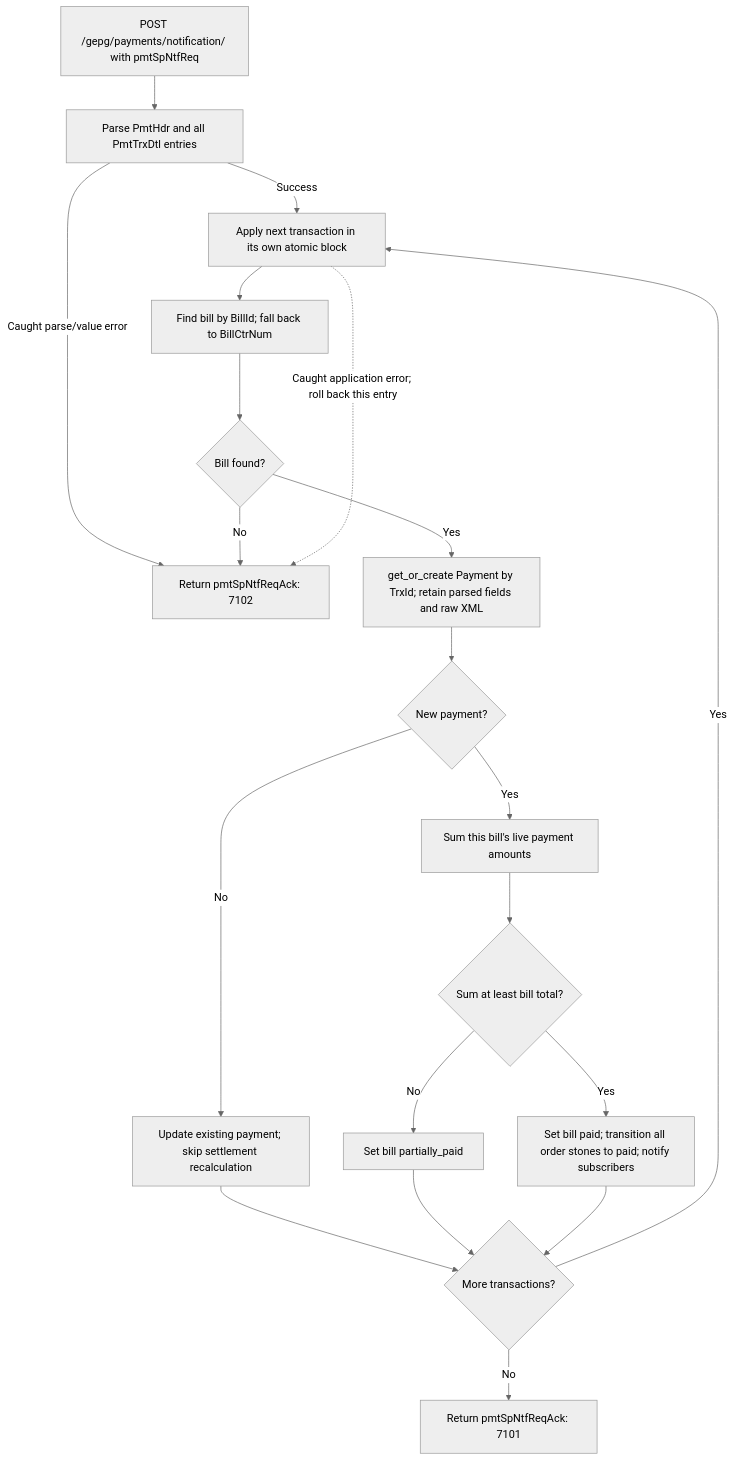
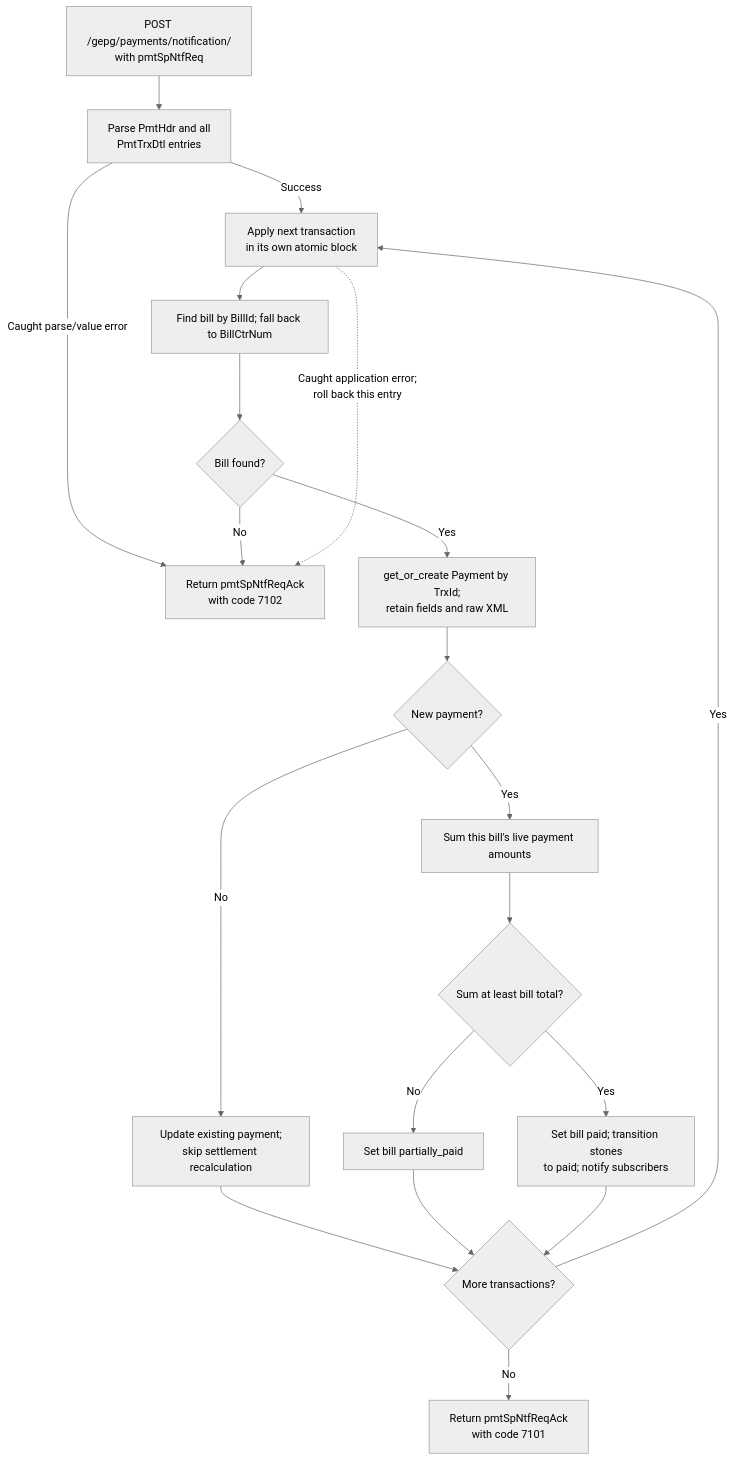
Before and after one commit to TGCTZ/TGC-SERVICE-BACKEND: the seventh of 10 diagrams in docs/gepg/03_GEPG_FLOW_DIAGRAMS.md, drawn with Mermaid (neutral theme). The commit also changed other lines of this file and 23 other files, not shown here.

````diff
--- a/docs/gepg/03_GEPG_FLOW_DIAGRAMS.md
+++ b/docs/gepg/03_GEPG_FLOW_DIAGRAMS.md
@@ -221,22 +221,22 @@
 ```mermaid
 flowchart TD
-    A["POST /gepg/payments/notification/ with pmtSpNtfReq"] --> B["Parse PmtHdr and all PmtTrxDtl entries"]
-    B -->|"Caught parse/value error"| X["Return pmtSpNtfReqAck: 7102"]
-    B -->|Success| C["Apply next transaction in its own atomic block"]
+    A["POST /gepg/payments/notification/<br/>with pmtSpNtfReq"] --> B["Parse PmtHdr and all<br/>PmtTrxDtl entries"]
+    B -->|"Caught parse/value error"| X["Return pmtSpNtfReqAck<br/>with code 7102"]
+    B -->|Success| C["Apply next transaction<br/>in its own atomic block"]
     C --> D["Find bill by BillId; fall back to BillCtrNum"]
     D --> E{"Bill found?"}
     E -->|No| X
-    E -->|Yes| F["get_or_create Payment by TrxId; retain parsed fields and raw XML"]
+    E -->|Yes| F["get_or_create Payment by TrxId;<br/>retain fields and raw XML"]
     F --> G{"New payment?"}
-    G -->|No| H["Update existing payment; skip settlement recalculation"]
+    G -->|No| H["Update existing payment;<br/>skip settlement recalculation"]
     G -->|Yes| I["Sum this bill's live payment amounts"]
     I --> J{"Sum at least bill total?"}
     J -->|No| K["Set bill partially_paid"]
-    J -->|Yes| L["Set bill paid; transition all order stones to paid; notify subscribers"]
+    J -->|Yes| L["Set bill paid; transition stones<br/>to paid; notify subscribers"]
     H --> M{"More transactions?"}
     K --> M
     L --> M
     M -->|Yes| C
-    M -->|No| N["Return pmtSpNtfReqAck: 7101"]
-    C -.->|"Caught application error; roll back this entry"| X
+    M -->|No| N["Return pmtSpNtfReqAck<br/>with code 7101"]
+    C -.->|"Caught application error;<br/>roll back this entry"| X
 ```
````
